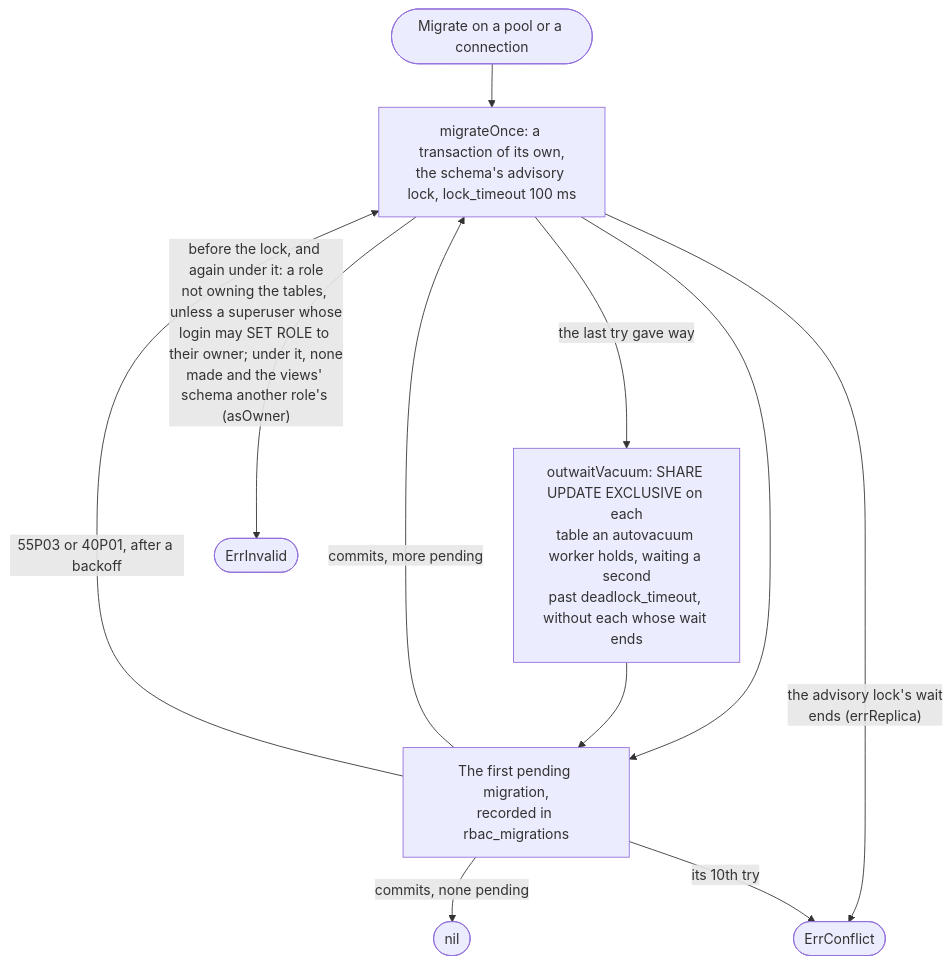
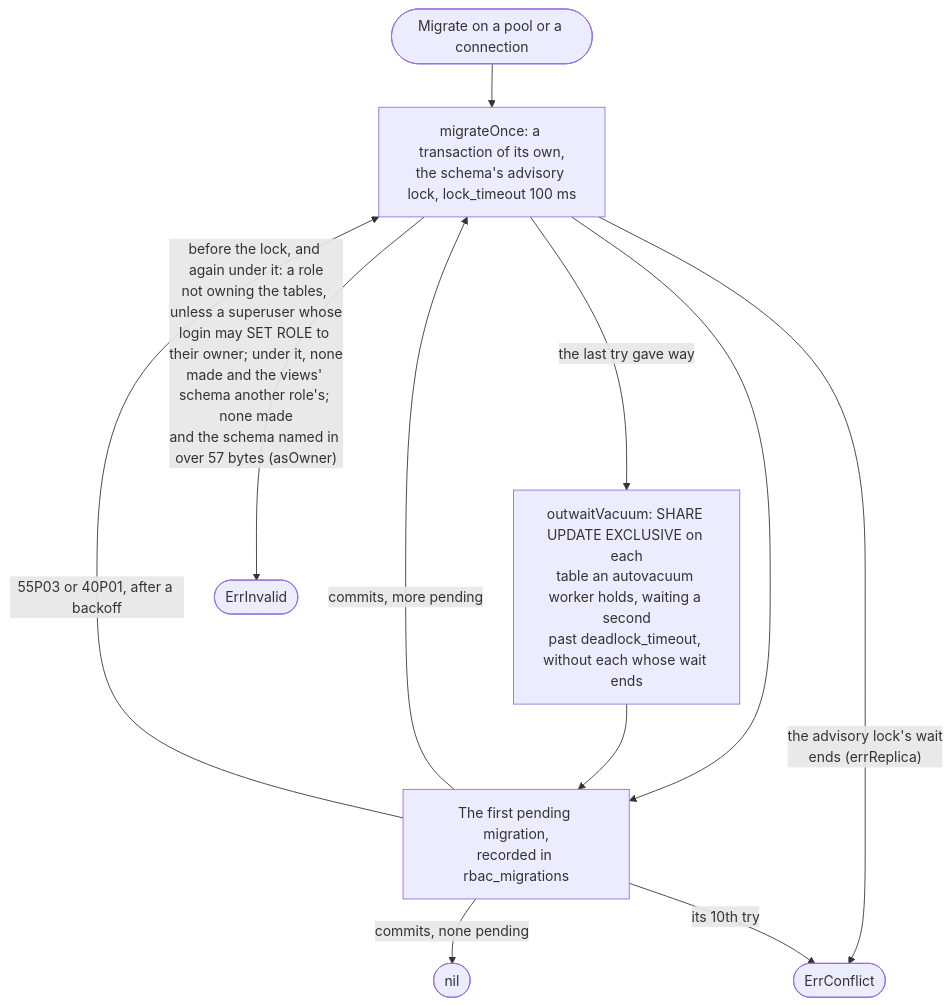
One commit to parallelworks/rbac changed diagram 12 of 14 in docs/architecture.md. Above: the diagram before and after it, drawn with Mermaid. The commit also changed other lines of this file and 4 other files, not shown here.

First line of the commit message:
fix: Migrate refuses any role on an empty schema named in more than 57 bytes before making a table

````diff
--- a/docs/architecture.md
+++ b/docs/architecture.md
@@ -1511,13 +1512,13 @@
 ```mermaid
 flowchart TB
     start(["Migrate on a pool or a connection"]) --> tx["migrateOnce: a transaction of its own,<br/>the schema's advisory lock, lock_timeout 100 ms"]
     tx -->|"the last try gave way"| vac["outwaitVacuum: SHARE UPDATE EXCLUSIVE on each<br/>table an autovacuum worker holds, waiting a second<br/>past deadlock_timeout, without each whose wait ends"]
     tx --> one["The first pending migration,<br/>recorded in rbac_migrations"]
     vac --> one
     one -->|"commits, more pending"| tx
     one -->|"commits, none pending"| done(["nil"])
     tx -->|"the advisory lock's wait<br/>ends (errReplica)"| conflict(["ErrConflict"])
-    tx -->|"before the lock, and again under it: a role<br/>not owning the tables, unless a superuser whose<br/>login may SET ROLE to their owner; under it, none<br/>made and the views' schema another role's (asOwner)"| invalid(["ErrInvalid"])
+    tx -->|"before the lock, and again under it: a role<br/>not owning the tables, unless a superuser whose<br/>login may SET ROLE to their owner; under it, none<br/>made and the views' schema another role's; none made<br/>and the schema named in over 57 bytes (asOwner)"| invalid(["ErrInvalid"])
     one -->|"55P03 or 40P01, after a backoff"| tx
     one -->|"its 10th try"| conflict
 ```
````
